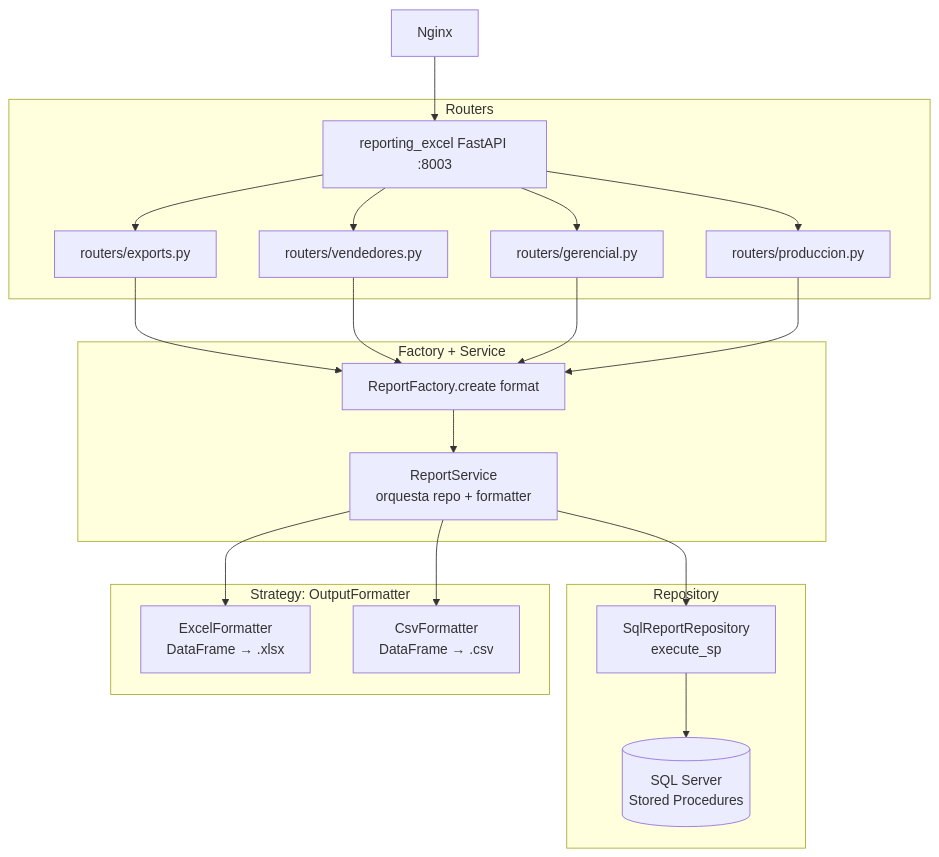
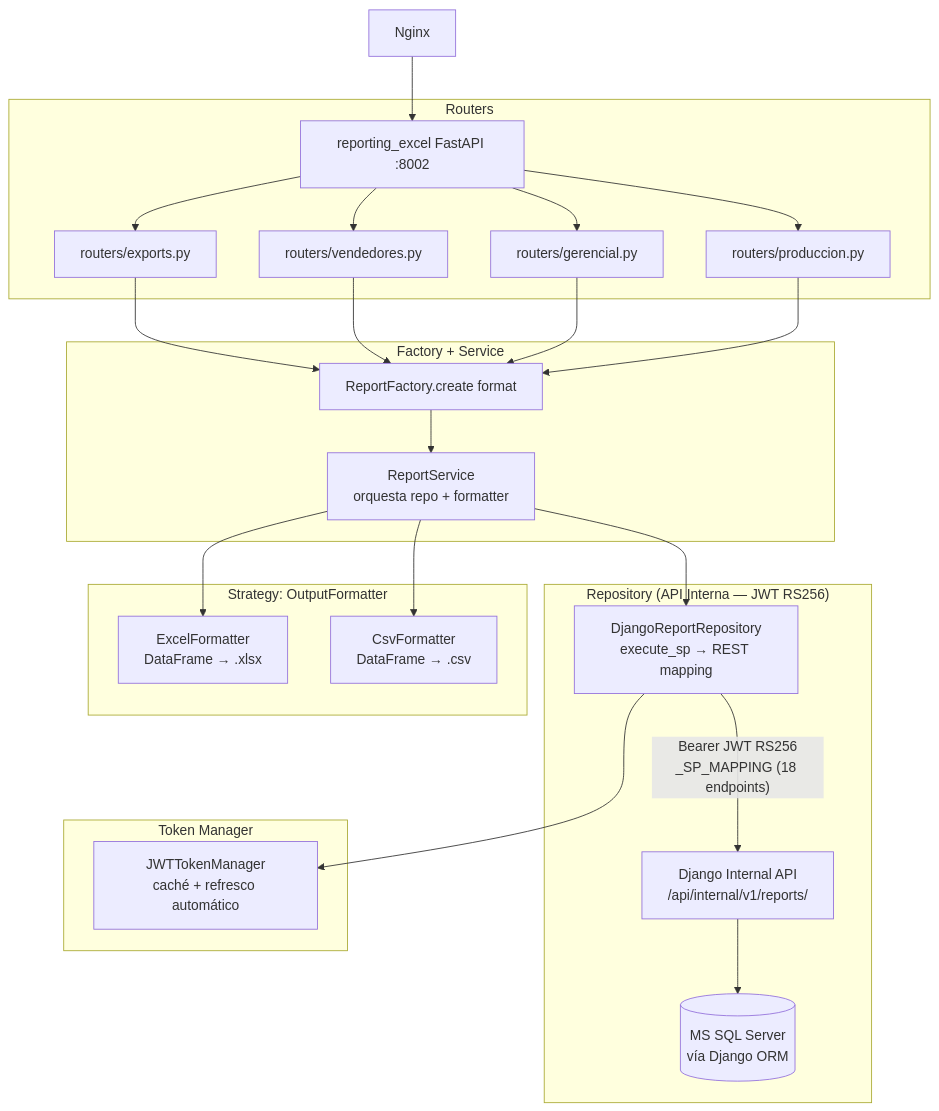
The sixth of 8 diagrams in documentation/arquitectura_y_desarrollo.md (DevBrandonArellano/TexCore), drawn with Mermaid before and after one commit. The commit also changed other lines of this file and 67 other files, not shown here.

Commit message:
feat: se refactoriza los microservicios y se los deja autonomos, lo cual hace conexion mediante una API se ocupa RSA256, JWT y se actualiza la documentación

````diff
--- a/documentation/arquitectura_y_desarrollo.md
+++ b/documentation/arquitectura_y_desarrollo.md
@@ -160,29 +166,34 @@
 ```mermaid
 graph TD
-    Nginx --> RE[reporting_excel FastAPI :8003]
+    Nginx --> RE[reporting_excel FastAPI :8002]
 
     subgraph Routers
         RE --> RK[routers/exports.py]
         RE --> RV[routers/vendedores.py]
         RE --> RG[routers/gerencial.py]
         RE --> RP[routers/produccion.py]
     end
 
     subgraph Factory["Factory + Service"]
         RK --> RF[ReportFactory.create format]
         RV --> RF
         RG --> RF
         RP --> RF
         RF --> RS[ReportService\norquesta repo + formatter]
     end
 
-    subgraph Repository
-        RS --> REPO[SqlReportRepository\nexecute_sp]
-        REPO --> SP[(SQL Server\nStored Procedures)]
+    subgraph Repository["Repository (API Interna — JWT RS256)"]
+        RS --> REPO[DjangoReportRepository\nexecute_sp → REST mapping]
+        REPO -->|"Bearer JWT RS256\n_SP_MAPPING (18 endpoints)"| IAPI[Django Internal API\n/api/internal/v1/reports/]
+        IAPI --> SQL[(MS SQL Server\nvía Django ORM)]
     end
 
     subgraph Formatters["Strategy: OutputFormatter"]
         RS --> EF[ExcelFormatter\nDataFrame → .xlsx]
         RS --> CF[CsvFormatter\nDataFrame → .csv]
     end
+
+    subgraph Auth["Token Manager"]
+        REPO --> TM[JWTTokenManager\ncaché + refresco automático]
+    end
 ```
````
